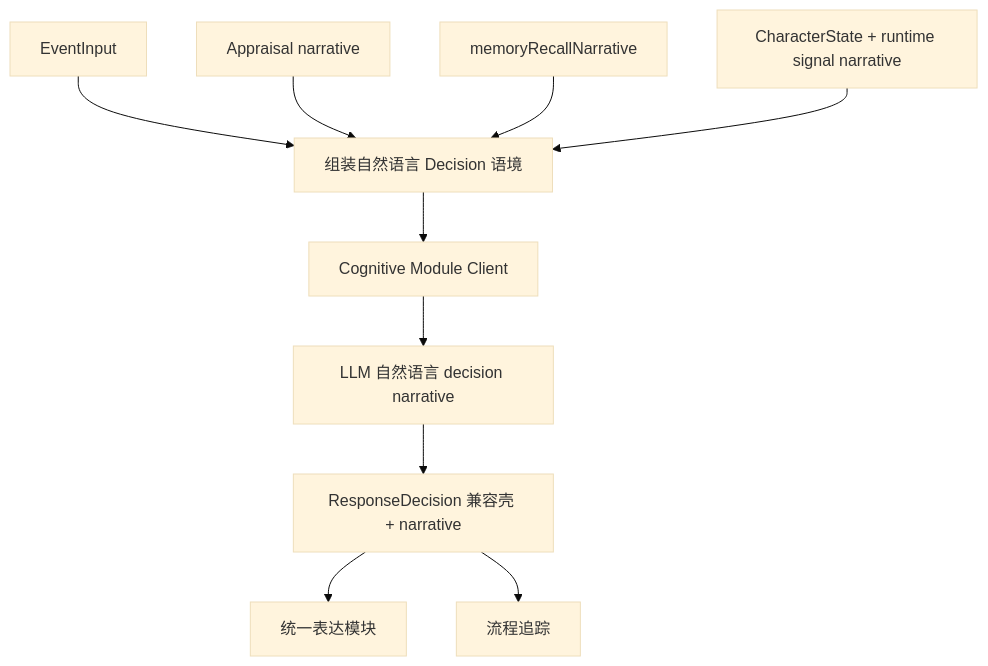
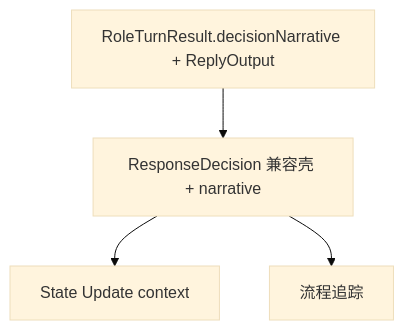
Before and after one commit to ttmanthatman/virtual-human-flow: diagram 19 of 32 in docs/SYSTEM_FLOW.md, drawn with Mermaid (base theme). The commit also changed other lines of this file and 17 other files, not shown here.

Commit message:
refactor: unify conversation role turn

````diff
--- a/docs/SYSTEM_FLOW.md
+++ b/docs/SYSTEM_FLOW.md
@@ -474,12 +480,6 @@
 ```mermaid
 flowchart TD
-    E["EventInput"] --> PROMPT["组装自然语言 Decision 语境"]
-    A["Appraisal narrative"] --> PROMPT
-    M["memoryRecallNarrative"] --> PROMPT
-    S["CharacterState + runtime signal narrative"] --> PROMPT
-    PROMPT --> CLIENT["Cognitive Module Client"]
-    CLIENT --> RAW["LLM 自然语言 decision narrative"]
-    RAW --> OUT["ResponseDecision 兼容壳 + narrative"]
-    OUT --> EXPR["统一表达模块"]
+    RT["RoleTurnResult.decisionNarrative + ReplyOutput"] --> OUT["ResponseDecision 兼容壳 + narrative"]
+    OUT --> STATE["State Update context"]
     OUT --> TRACE["流程追踪"]
 ```
````
